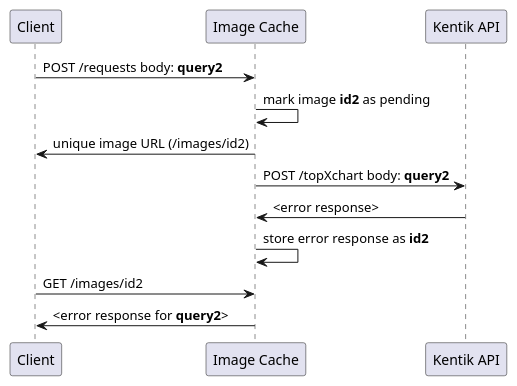
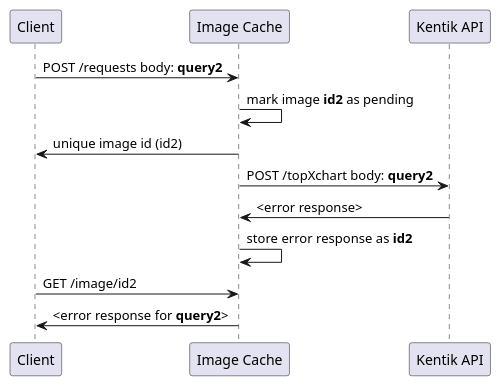
One commit to kentik/kentik_image_cache changed the diagram in docs/api_error_handling.puml. Above: the diagram before and after it, drawn with PlantUML. The commit also changed 12 other files, not shown here.

Commit message:
Refactored create_request and get_image to provide better OpenAPI spec Renamed /images to /image Implemented /info method (and supporting ObjectCache and CacheEntry methods) Fixed handling of API errors Fixed up README.md Made mypy happy

```diff
--- a/docs/api_error_handling.puml
+++ b/docs/api_error_handling.puml
@@ -1,13 +1,13 @@
 @startuml
 participant Client order 10
 participant "Image Cache" as Cache order 20
 participant "Kentik API" as Kentik order 30
 Client -> Cache: POST /requests body: **query2**
 Cache -> Cache: mark image **id2** as pending
-Cache -> Client: unique image URL (/images/id2)
+Cache -> Client: unique image id (id2)
 Cache -> Kentik: POST /topXchart body: **query2**
 Kentik -> Cache: <error response>
 Cache -> Cache: store error response as **id2**
-Client -> Cache: GET /images/id2
+Client -> Cache: GET /image/id2
 Cache -> Client: <error response for **query2**>
 @enduml
```
